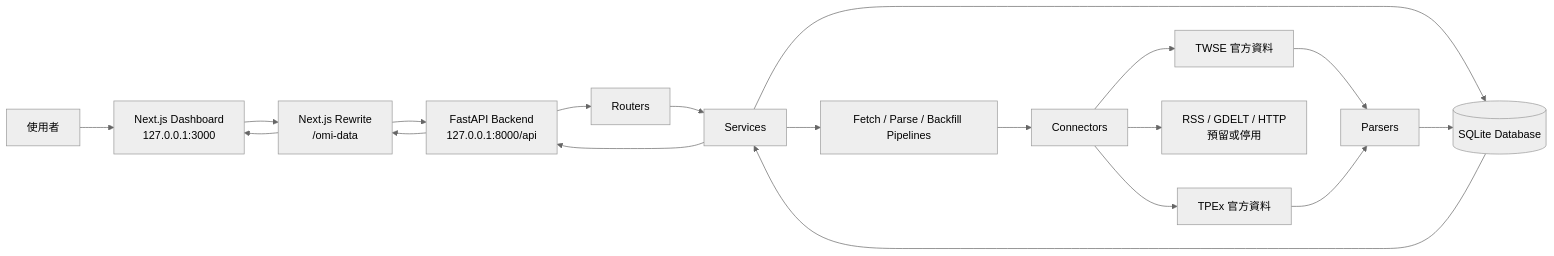
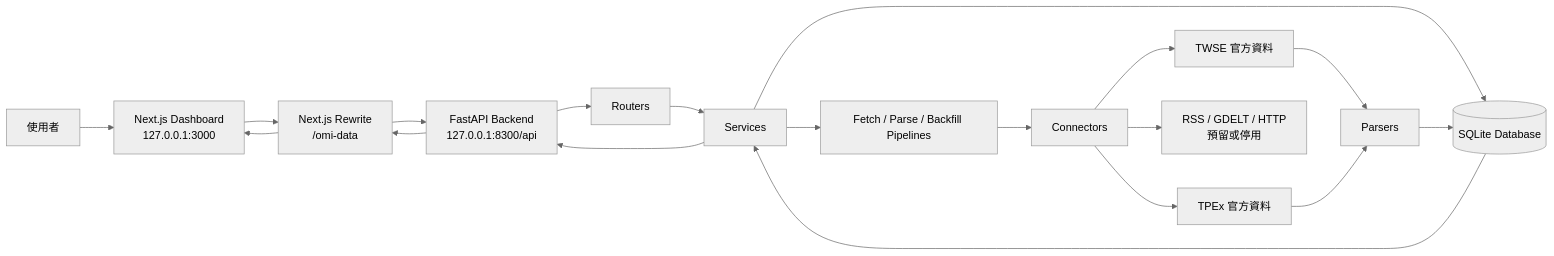
The first of 4 diagrams in README.md (lulu930128/open-market-intelligence), drawn with Mermaid (neutral theme) before and after one commit. The commit also changed other lines of this file and 9 other files, not shown here.

Commit message:
Use port 8300 and refresh intraday chart

````diff
--- a/README.md
+++ b/README.md
@@ -31,24 +31,24 @@
 ```mermaid
 flowchart LR
     user["使用者"] --> browser["Next.js Dashboard<br/>127.0.0.1:3000"]
     browser --> proxy["Next.js Rewrite<br/>/omi-data"]
-    proxy --> api["FastAPI Backend<br/>127.0.0.1:8000/api"]
+    proxy --> api["FastAPI Backend<br/>127.0.0.1:8300/api"]
 
     api --> routers["Routers"]
     routers --> services["Services"]
     services --> pipelines["Fetch / Parse / Backfill Pipelines"]
     services --> db[("SQLite Database")]
 
     pipelines --> connectors["Connectors"]
     connectors --> twse["TWSE 官方資料"]
     connectors --> tpex["TPEx 官方資料"]
     connectors --> other["RSS / GDELT / HTTP<br/>預留或停用"]
 
     twse --> parsers["Parsers"]
     tpex --> parsers
     parsers --> db
     db --> services
     services --> api
     api --> proxy
     proxy --> browser
 ```
````
